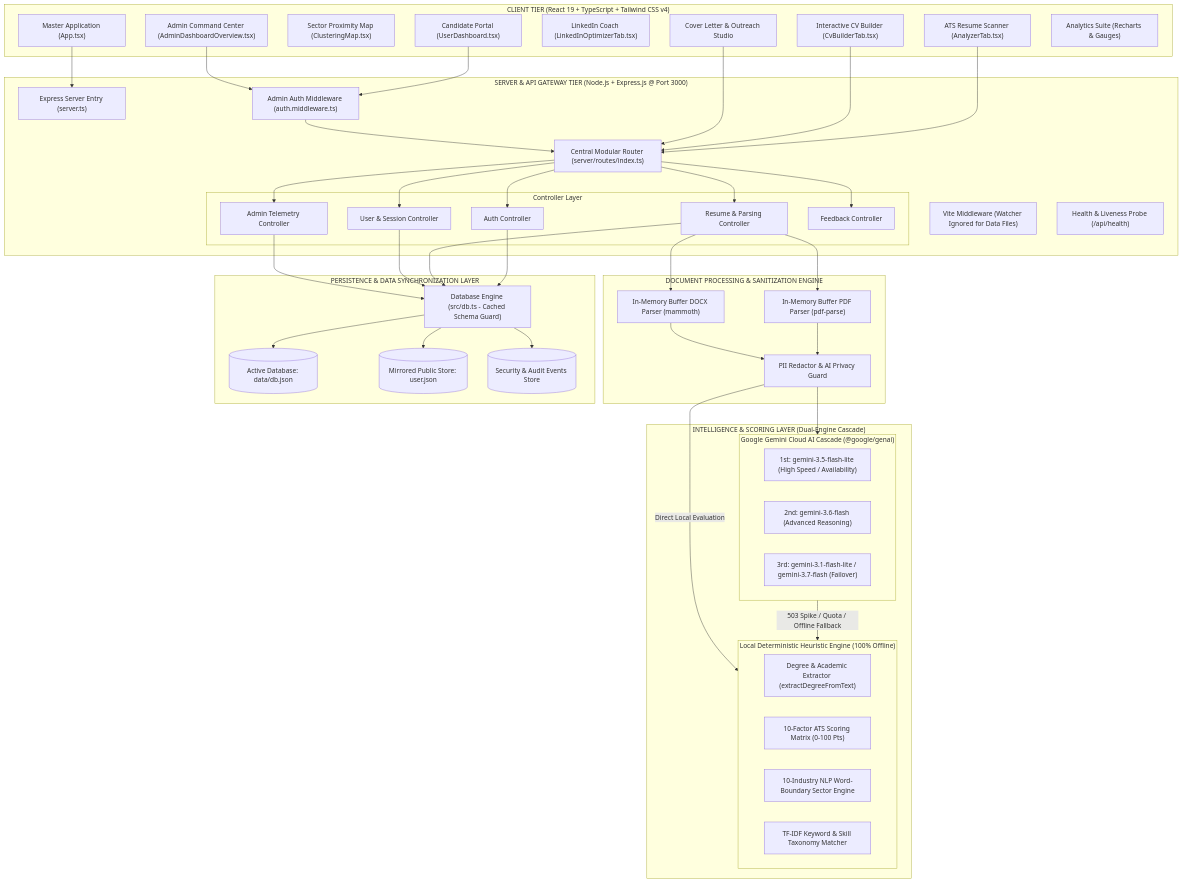
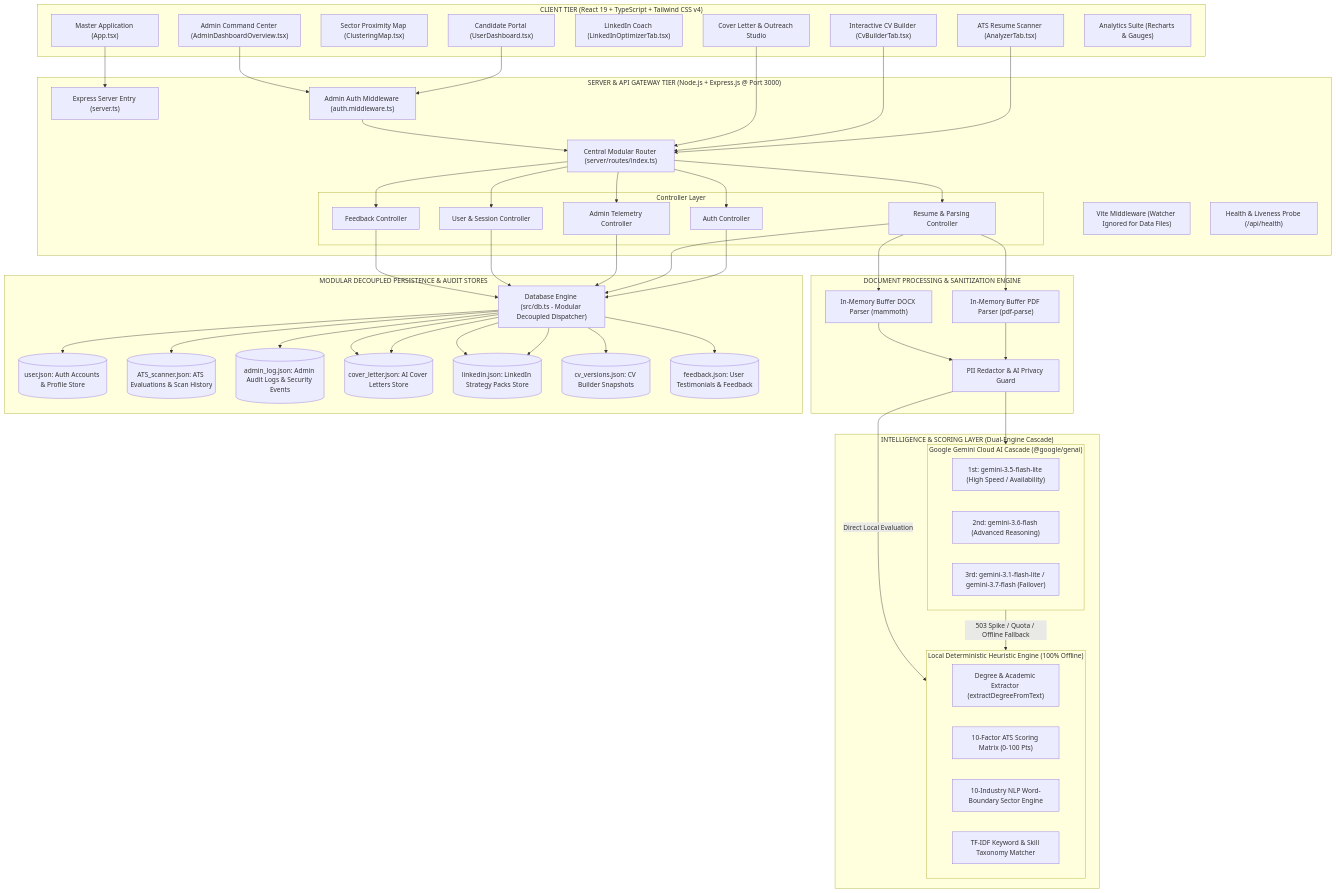
Before and after one commit to aaremon/AI-CV: the first of 4 diagrams in README.md, drawn with Mermaid. The commit also changed other lines of this file and 37 other files, not shown here.

````diff
--- a/README.md
+++ b/README.md
@@ -193,11 +193,15 @@
     end
   end
 
-  subgraph PersistenceTier ["PERSISTENCE & DATA SYNCHRONIZATION LAYER"]
-    DB_MGR["Database Engine (src/db.ts - Cached Schema Guard)"]
-    DB_JSON[("Active Database: data/db.json")]
-    USER_JSON[("Mirrored Public Store: user.json")]
-    AUDIT_LOG[("Security & Audit Events Store")]
+  subgraph PersistenceTier ["MODULAR DECOUPLED PERSISTENCE & AUDIT STORES"]
+    DB_MGR["Database Engine (src/db.ts - Modular Decoupled Dispatcher)"]
+    D_USER[("user.json: Auth Accounts & Profile Store")]
+    D_ATS[("ATS_scanner.json: ATS Evaluations & Scan History")]
+    D_LOG[("admin_log.json: Admin Audit Logs & Security Events")]
+    D_COVER[("cover_letter.json: AI Cover Letters Store")]
+    D_LINKEDIN[("linkedin.json: LinkedIn Strategy Packs Store")]
+    D_VERSIONS[("cv_versions.json: CV Builder Snapshots")]
+    D_FEED[("feedback.json: User Testimonials & Feedback")]
   end
 
   %% Client to Gateway
@@ -217,6 +221,9 @@
   PII_GUARD -- "Direct Local Evaluation" --> HeuristicEngine
 
   %% Persistence flow
-  C_AUTH & C_RESUME & C_USER & C_ADMIN --> DB_MGR
-  DB_MGR --> DB_JSON & USER_JSON & AUDIT_LOG
+  C_AUTH --> DB_MGR --> D_USER
+  C_RESUME --> DB_MGR --> D_ATS & D_COVER & D_LINKEDIN
+  C_ADMIN --> DB_MGR --> D_LOG
+  C_USER --> DB_MGR --> D_VERSIONS & D_COVER & D_LINKEDIN
+  C_FEED --> DB_MGR --> D_FEED
 ```
````
